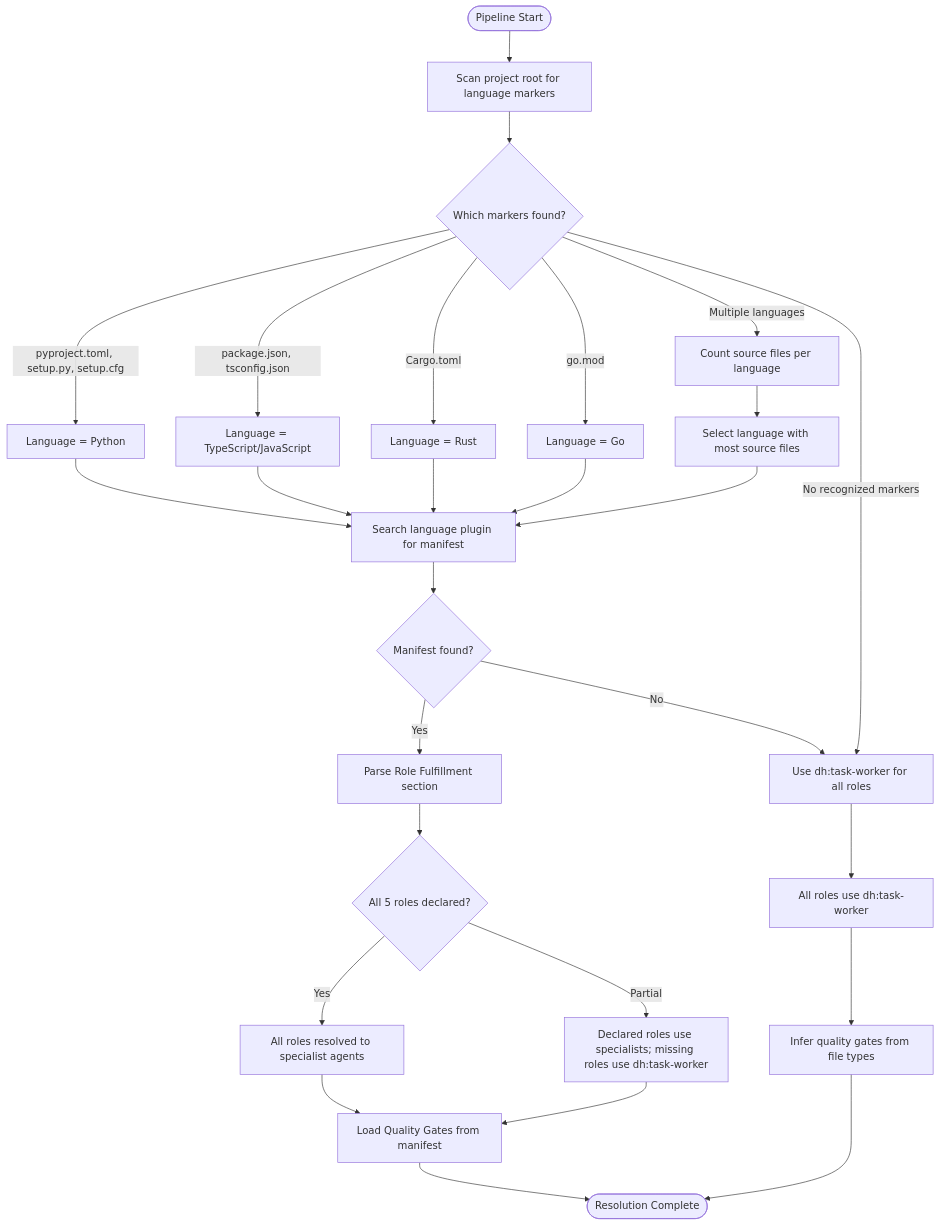
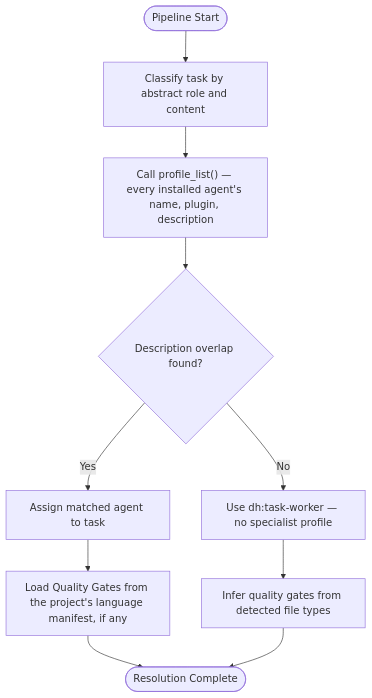
The diagram in plugins/development-harness/skills/dh-meta-docs/references/role-resolution-protocol.md (Jamie-BitFlight/claude_skills), drawn with Mermaid before and after one commit. The commit also changed other lines of this file and 85 other files, not shown here.

First line of the commit message:
Decouple language plugins from development-harness, remove dead manifest-dispatch PoC (#3392)

````diff
--- a/plugins/development-harness/skills/dh-meta-docs/references/role-resolution-protocol.md
+++ b/plugins/development-harness/skills/dh-meta-docs/references/role-resolution-protocol.md
@@ -17,29 +17,12 @@
 ```mermaid
 flowchart TD
-    Start([Pipeline Start]) --> ScanRoot[Scan project root for language markers]
-    ScanRoot --> Markers{Which markers found?}
-    Markers -->|pyproject.toml, setup.py, setup.cfg| Python[Language = Python]
-    Markers -->|package.json, tsconfig.json| TypeScript[Language = TypeScript/JavaScript]
-    Markers -->|Cargo.toml| Rust[Language = Rust]
-    Markers -->|go.mod| Go[Language = Go]
-    Markers -->|Multiple languages| Disambiguate[Count source files per language]
-    Markers -->|No recognized markers| Fallback[Use dh:task-worker for all roles]
-    Disambiguate --> Primary[Select language with most source files]
-    Python --> FindManifest[Search language plugin for manifest]
-    TypeScript --> FindManifest
-    Rust --> FindManifest
-    Go --> FindManifest
-    Primary --> FindManifest
-    FindManifest --> ManifestExists{Manifest found?}
-    ManifestExists -->|Yes| ParseManifest[Parse Role Fulfillment section]
-    ManifestExists -->|No| Fallback
-    ParseManifest --> ValidateRoles{All 5 roles declared?}
-    ValidateRoles -->|Yes| FullResolve[All roles resolved to specialist agents]
-    ValidateRoles -->|Partial| MixedResolve[Declared roles use specialists; missing roles use dh:task-worker]
-    Fallback --> DefaultResolve[All roles use dh:task-worker]
-    FullResolve --> LoadGates[Load Quality Gates from manifest]
-    MixedResolve --> LoadGates
-    DefaultResolve --> InferGates[Infer quality gates from file types]
+    Start([Pipeline Start]) --> Classify[Classify task by abstract role and content]
+    Classify --> ListAgents["Call profile_list() — every installed agent's name, plugin, description"]
+    ListAgents --> Match{Description overlap found?}
+    Match -->|Yes| Resolve[Assign matched agent to task]
+    Match -->|No| Fallback[Use dh:task-worker — no specialist profile]
+    Resolve --> LoadGates[Load Quality Gates from the project's language manifest, if any]
+    Fallback --> InferGates[Infer quality gates from detected file types]
     LoadGates --> Ready([Resolution Complete])
     InferGates --> Ready
 ```
````
